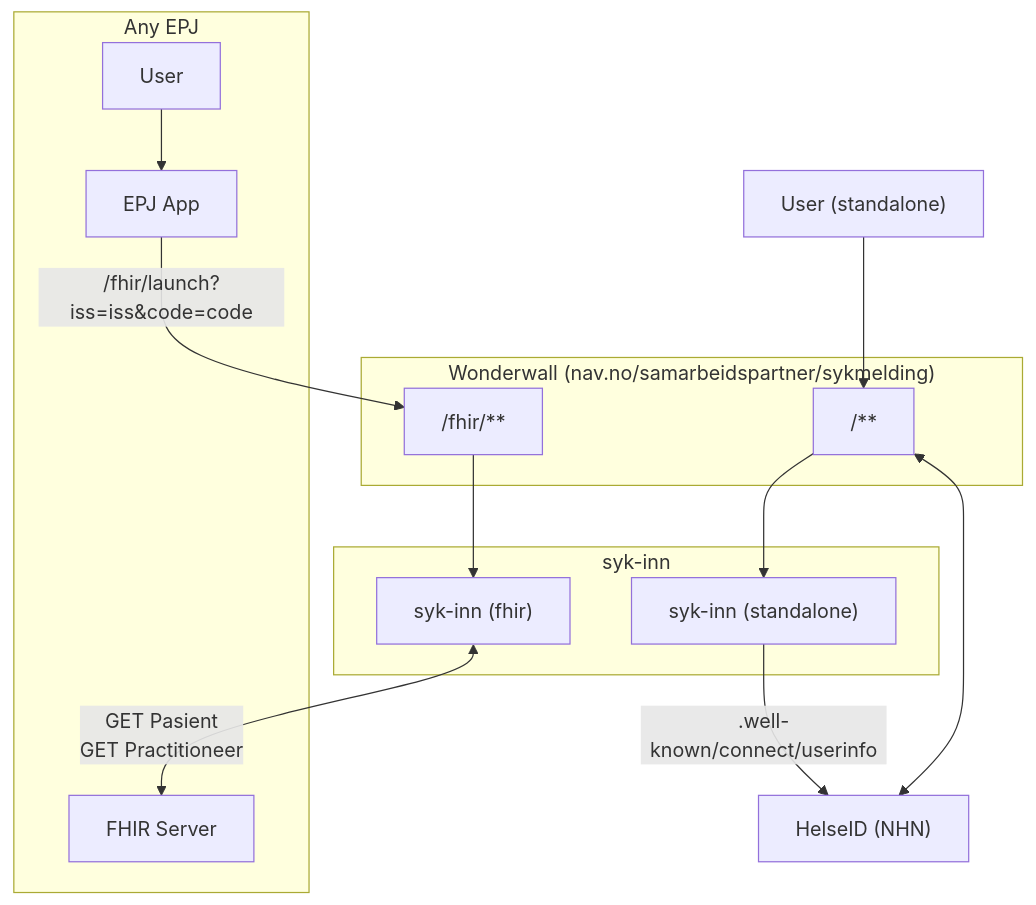
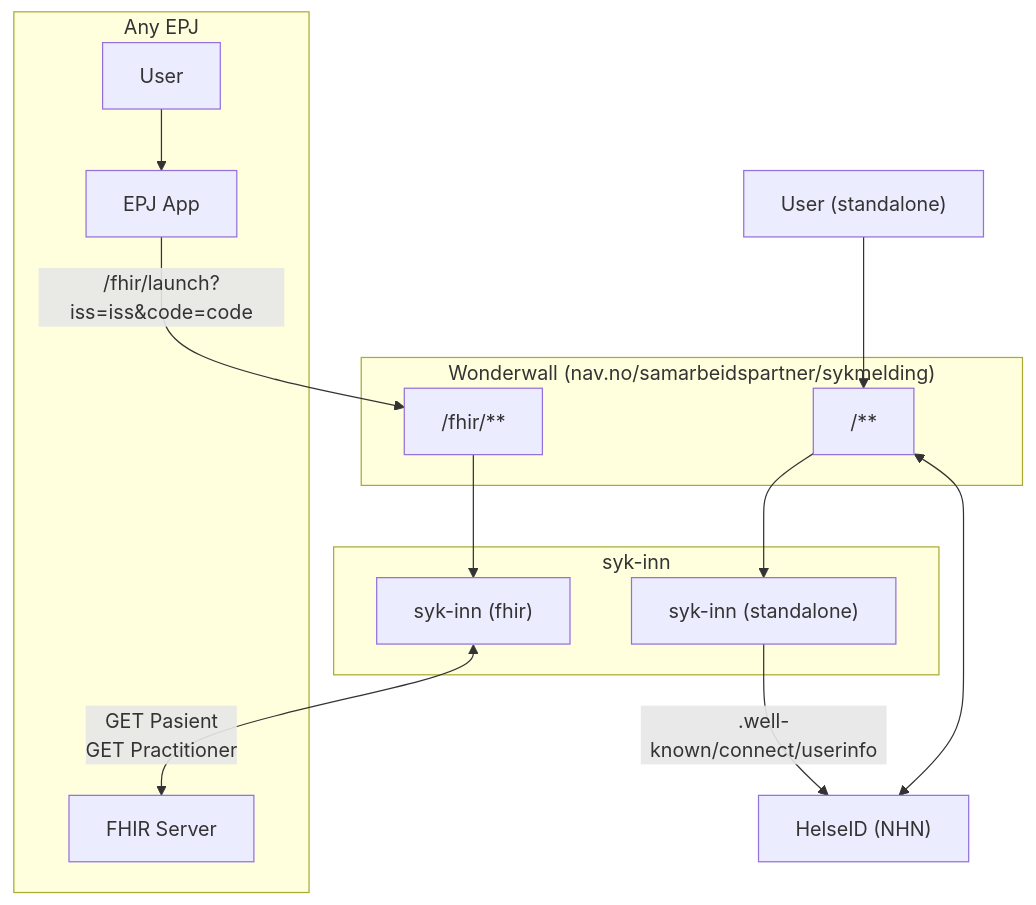
One commit to navikt/syk-inn changed the diagram in README.md. Above: the diagram before and after it, drawn with Mermaid. The commit also changed other lines of this file and 8 other files, not shown here.

````diff
--- a/README.md
+++ b/README.md
@@ -22,26 +22,26 @@
 ```mermaid
 graph TD
     user_standalone["User (standalone)"] --> helseid_routes
     subgraph syk_inn_box ["syk-inn"]
         syk_inn_fhir["syk-inn (fhir)"]
         syk_inn_standalone["syk-inn (standalone)"]
     end
 
     subgraph external_epj ["Any EPJ"]
        user_epj["User"] --> epj
        epj["EPJ App"]
        fhir["FHIR Server"]
     end
 
     subgraph wonderwall ["Wonderwall (nav.no/samarbeidspartner/sykmelding)"]
        helseid_routes["/**"]
        fhir_routes["/fhir/**"]
     end
 
     helseid_routes --> syk_inn_standalone
     helseid_routes <--> helseid["HelseID (NHN)"]
     fhir_routes --> syk_inn_fhir
     epj -- "/fhir/launch?iss=iss&code=code" --> fhir_routes
-    syk_inn_fhir -- GET Pasient<br>GET Practitioneer <--> fhir
+    syk_inn_fhir -- GET Pasient<br>GET Practitioner <--> fhir
     syk_inn_standalone -- .well-known/connect/userinfo --> helseid
 ```
````
